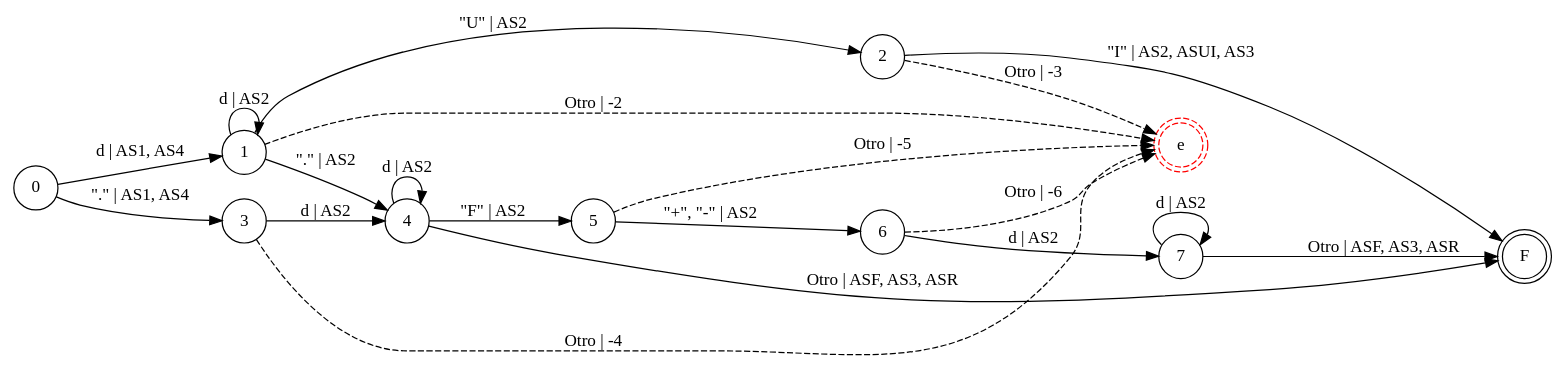
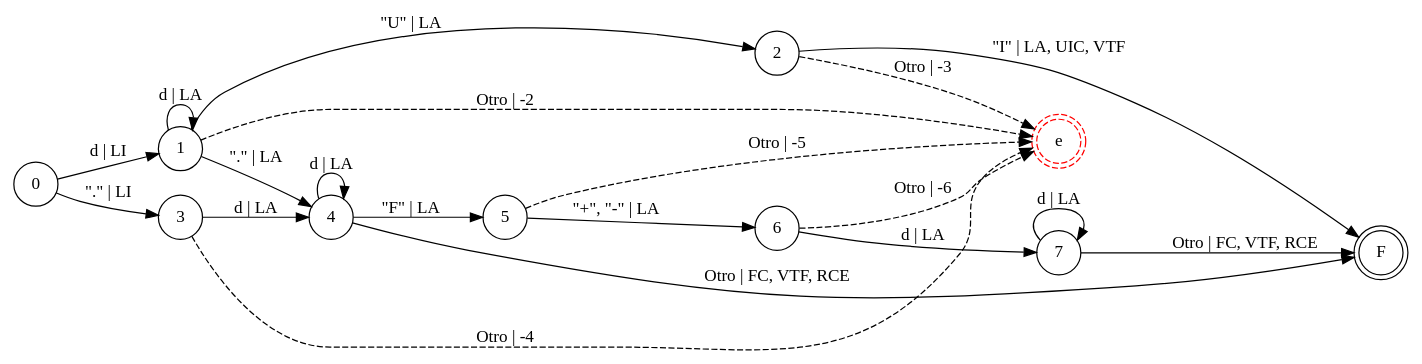
One commit to iroumec/RouVel-Compiler changed the diagram in resources/diagrams/graphs/numbers.dot. Above: the diagram before and after it, drawn with Graphviz. The commit also changed 29 other files, not shown here.

```diff
--- a/resources/diagrams/graphs/numbers.dot
+++ b/resources/diagrams/graphs/numbers.dot
@@ -1,26 +1,26 @@
 digraph DFA {
     rankdir = LR;
     node [shape = circle;];
     F [shape = doublecircle;];
     eN [shape = doublecircle;style = dashed;color = red;label = "e";];
     
-    0 -> 1 [label = "d | AS1, AS4";];
-    0 -> 3 [label = "\".\" | AS1, AS4";];
-    1 -> 1 [label = "d | AS2";];
-    1 -> 2 [label = "\"U\" | AS2";];
-    1 -> 4 [label = "\".\" | AS2";];
+    0 -> 1 [label = "d | LI";];
+    0 -> 3 [label = "\".\" | LI";];
+    1 -> 1 [label = "d | LA";];
+    1 -> 2 [label = "\"U\" | LA";];
+    1 -> 4 [label = "\".\" | LA";];
     1 -> eN [label = "Otro | -2"; style = dashed;];
     2 -> eN [label = "Otro | -3"; style = dashed;];
-    2 -> F [label = "\"I\" | AS2, ASUI, AS3";];
-    3 -> 4 [label = "d | AS2";];
+    2 -> F [label = "\"I\" | LA, UIC, VTF";];
+    3 -> 4 [label = "d | LA";];
     3 -> eN [label = "Otro | -4"; style = dashed;];
-    4 -> 4 [label = "d | AS2";];
-    4 -> F [label = "Otro | ASF, AS3, ASR";];
-    4 -> 5 [label = "\"F\" | AS2";];
-    5 -> 6 [label = "\"+\", \"-\" | AS2";];
+    4 -> 4 [label = "d | LA";];
+    4 -> F [label = "Otro | FC, VTF, RCE";];
+    4 -> 5 [label = "\"F\" | LA";];
+    5 -> 6 [label = "\"+\", \"-\" | LA";];
     5 -> eN [label = "Otro | -5"; style = dashed;];
-    6 -> 7 [label = "d | AS2";];
+    6 -> 7 [label = "d | LA";];
     6 -> eN [label = "Otro | -6"; style = dashed;];
-    7 -> 7 [label = "d | AS2";];
-    7 -> F [label = "Otro | ASF, AS3, ASR";];
+    7 -> 7 [label = "d | LA";];
+    7 -> F [label = "Otro | FC, VTF, RCE";];
 }
```
